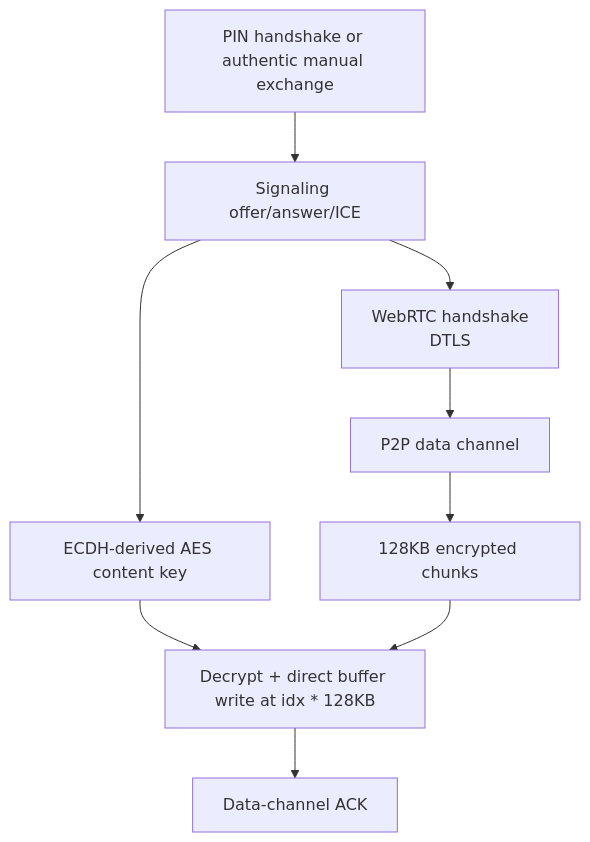
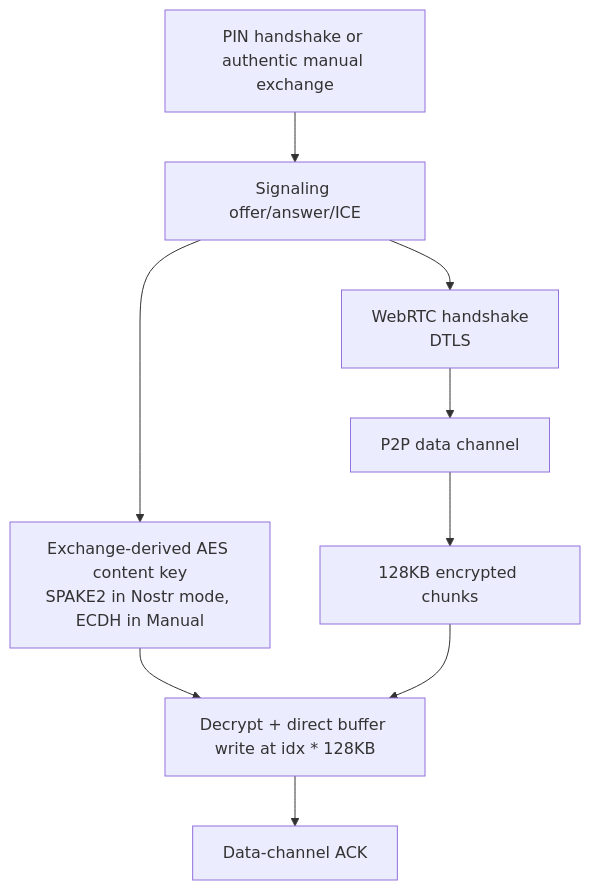
Before and after one commit to andrewtheguy/ptransfer: the fifth of 5 diagrams in docs/ARCHITECTURE.md, drawn with Mermaid. The commit also changed other lines of this file and 23 other files, not shown here.

First line of the commit message:
feat: replace PIN key derivation with SPAKE2 and move metadata post-handshake

````diff
--- a/docs/ARCHITECTURE.md
+++ b/docs/ARCHITECTURE.md
@@ -583,11 +588,11 @@
 ```mermaid
 flowchart TD
     Secret[PIN handshake or authentic manual exchange] --> Signaling[Signaling offer/answer/ICE]
-    Signaling --> Key[ECDH-derived AES content key]
+    Signaling --> Key[Exchange-derived AES content key<br/>SPAKE2 in Nostr mode, ECDH in Manual]
     Signaling --> DTLS[WebRTC handshake<br/>DTLS]
     DTLS --> Channel[P2P data channel]
     Channel --> Chunks[128KB encrypted chunks]
     Key --> Write[Decrypt + direct buffer write at idx * 128KB]
     Chunks --> Write
     Write --> Ack[Data-channel ACK]
 ```
````
